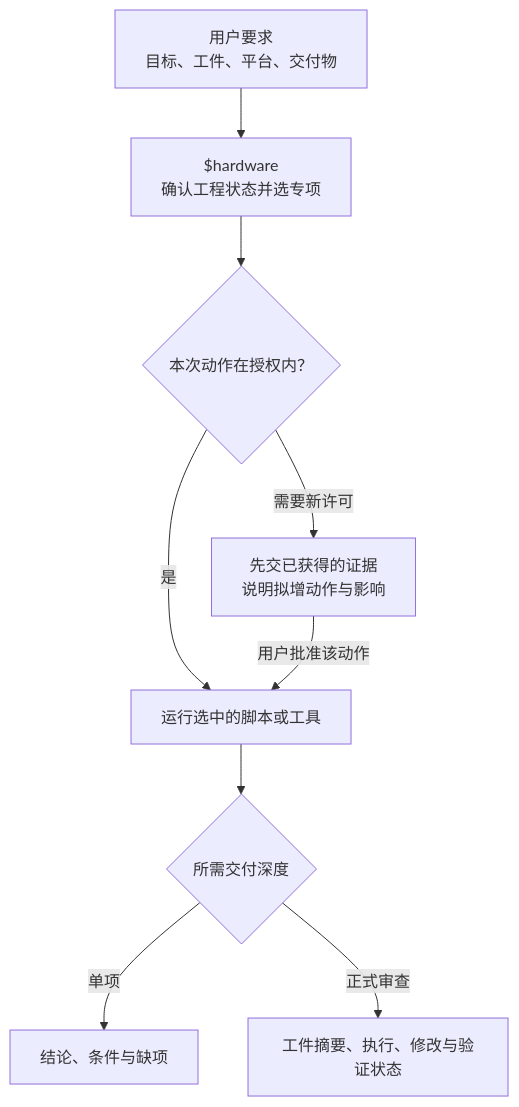
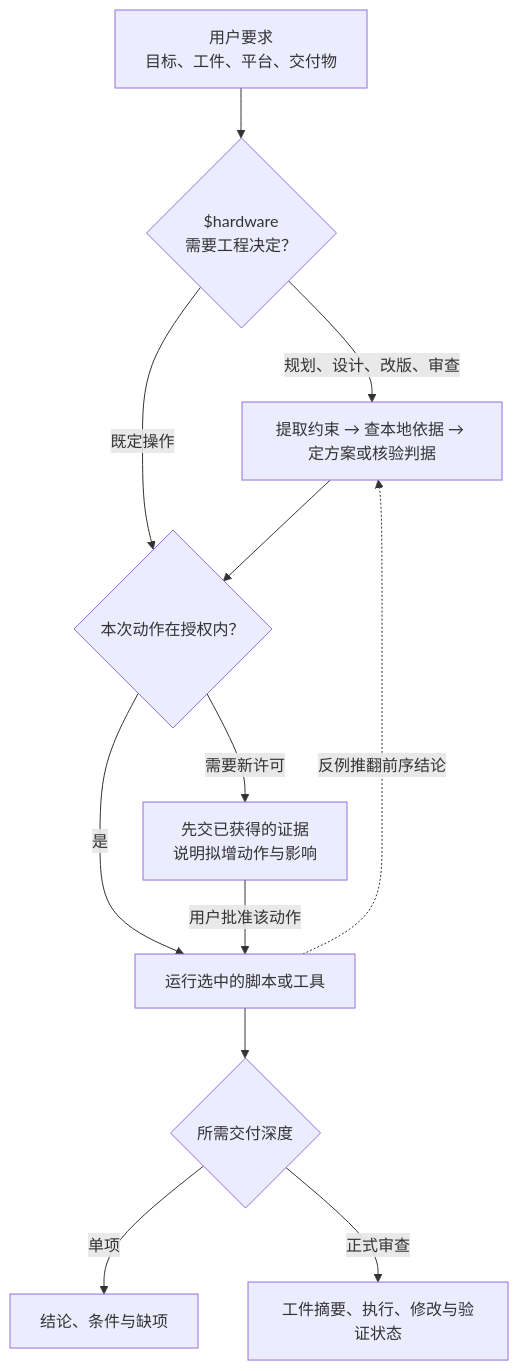
One commit to zhr1008/hardware-design-skills changed the first of 9 diagrams in docs/architecture-guide.md. Above: the diagram before and after it, drawn with Mermaid. The commit also changed other lines of this file and 65 other files, not shown here.

````diff
--- a/docs/architecture-guide.md
+++ b/docs/architecture-guide.md
@@ -11,11 +11,14 @@
 ```mermaid
 flowchart TD
-  A["用户要求<br/>目标、工件、平台、交付物"] --> B["$hardware<br/>确认工程状态并选专项"]
-  B --> C{"本次动作在授权内？"}
+  A["用户要求<br/>目标、工件、平台、交付物"] --> B{"$hardware<br/>需要工程决定？"}
+  B -->|"规划、设计、改版、审查"| K["提取约束 → 查本地依据 → 定方案或核验判据"]
+  B -->|"既定操作"| C{"本次动作在授权内？"}
+  K --> C
   C -->|"是"| D["运行选中的脚本或工具"]
   C -->|"需要新许可"| E["先交已获得的证据<br/>说明拟增动作与影响"]
   E -->|"用户批准该动作"| D
   D --> F{"所需交付深度"}
+  D -. "反例推翻前序结论" .-> K
   F -->|"单项"| G["结论、条件与缺项"]
   F -->|"正式审查"| H["工件摘要、执行、修改与验证状态"]
 ```
````
